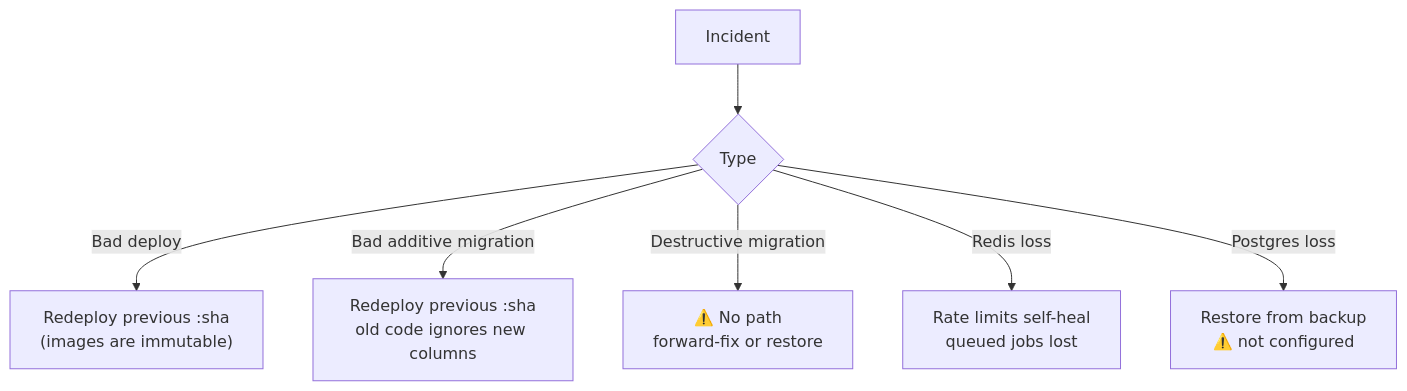
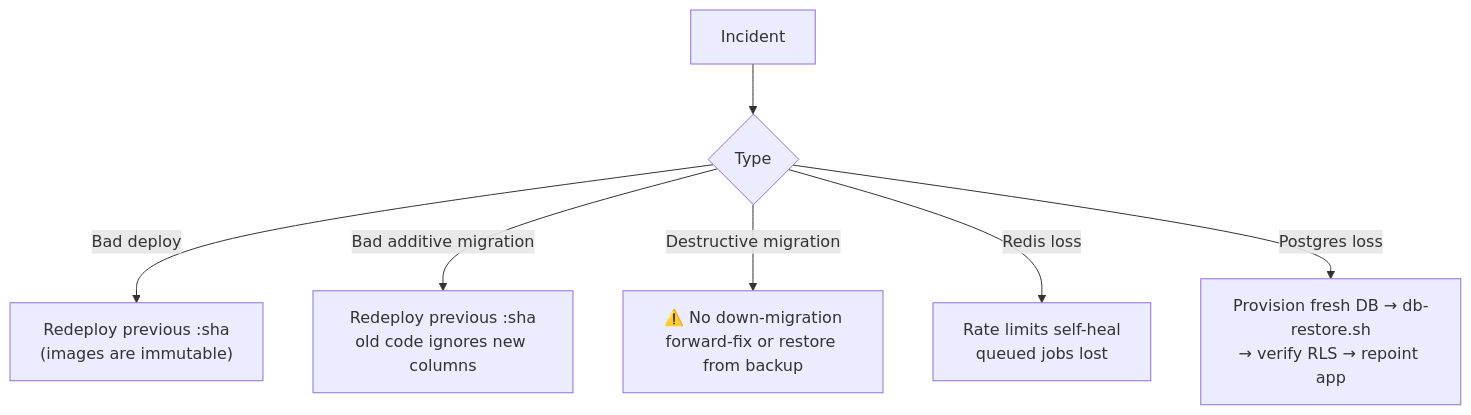
One commit to EngineerYourFuture/EYF changed the fourth of 5 diagrams in docs/DEVOPS.md. Above: the diagram before and after it, drawn with Mermaid. The commit also changed other lines of this file and 3 other files, not shown here.

First line of the commit message:
ops(devops): DB backup + restore tooling and runbook (Phase 12 D1 — Critical)

````diff
--- a/docs/DEVOPS.md
+++ b/docs/DEVOPS.md
@@ -236,9 +254,9 @@
 ```mermaid
 flowchart TD
     I["Incident"] --> T{Type}
     T -->|Bad deploy| R1["Redeploy previous :sha<br/>(images are immutable)"]
     T -->|Bad additive migration| R2["Redeploy previous :sha<br/>old code ignores new columns"]
-    T -->|Destructive migration| R3["⚠️ No path<br/>forward-fix or restore"]
+    T -->|Destructive migration| R3["⚠️ No down-migration<br/>forward-fix or restore from backup"]
     T -->|Redis loss| R4["Rate limits self-heal<br/>queued jobs lost"]
-    T -->|Postgres loss| R5["Restore from backup<br/>⚠️ not configured"]
+    T -->|Postgres loss| R5["Provision fresh DB → db-restore.sh<br/>→ verify RLS → repoint app"]
 ```
````
